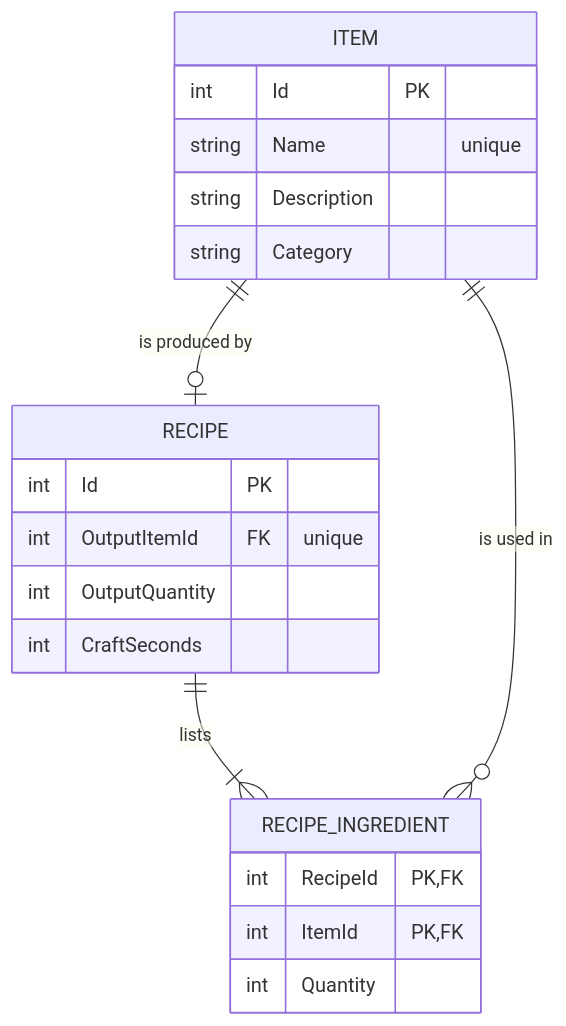
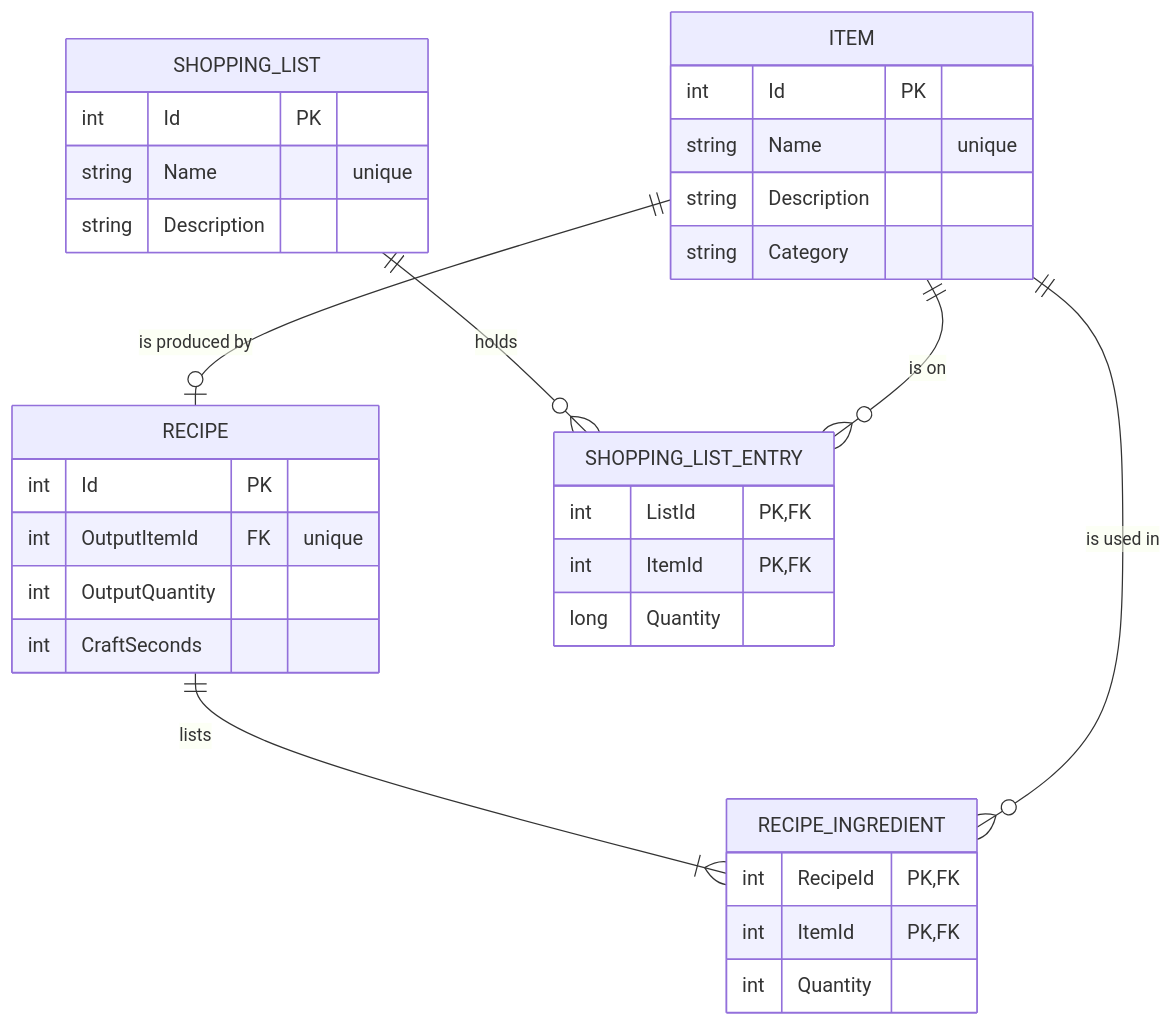
The diagram in docs/DESIGN.md (JackieCX17/crafting-planner), drawn with Mermaid before and after one commit. The commit also changed other lines of this file and 4 other files, not shown here.

````diff
--- a/docs/DESIGN.md
+++ b/docs/DESIGN.md
@@ -52,23 +62,35 @@
 ```mermaid
 erDiagram
     ITEM ||--o| RECIPE : "is produced by"
     RECIPE ||--|{ RECIPE_INGREDIENT : "lists"
     ITEM ||--o{ RECIPE_INGREDIENT : "is used in"
     ITEM {
         int Id PK
         string Name "unique"
         string Description
         string Category
     }
     RECIPE {
         int Id PK
         int OutputItemId FK "unique"
         int OutputQuantity
         int CraftSeconds
     }
     RECIPE_INGREDIENT {
         int RecipeId PK, FK
         int ItemId PK, FK
         int Quantity
     }
+    SHOPPING_LIST ||--o{ SHOPPING_LIST_ENTRY : "holds"
+    ITEM ||--o{ SHOPPING_LIST_ENTRY : "is on"
+    SHOPPING_LIST {
+        int Id PK
+        string Name "unique"
+        string Description
+    }
+    SHOPPING_LIST_ENTRY {
+        int ListId PK, FK
+        int ItemId PK, FK
+        long Quantity
+    }
 ```
````
